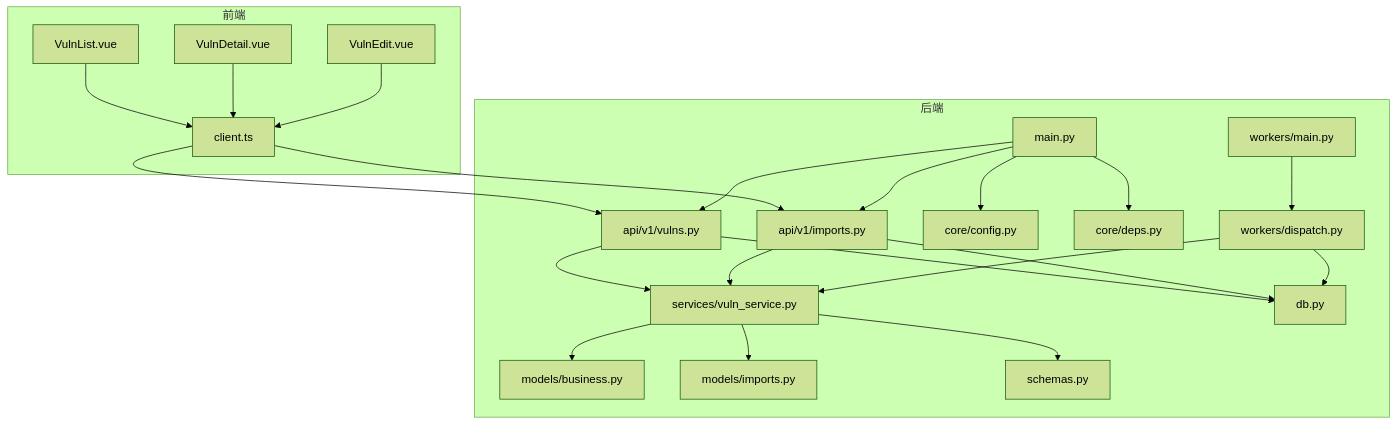
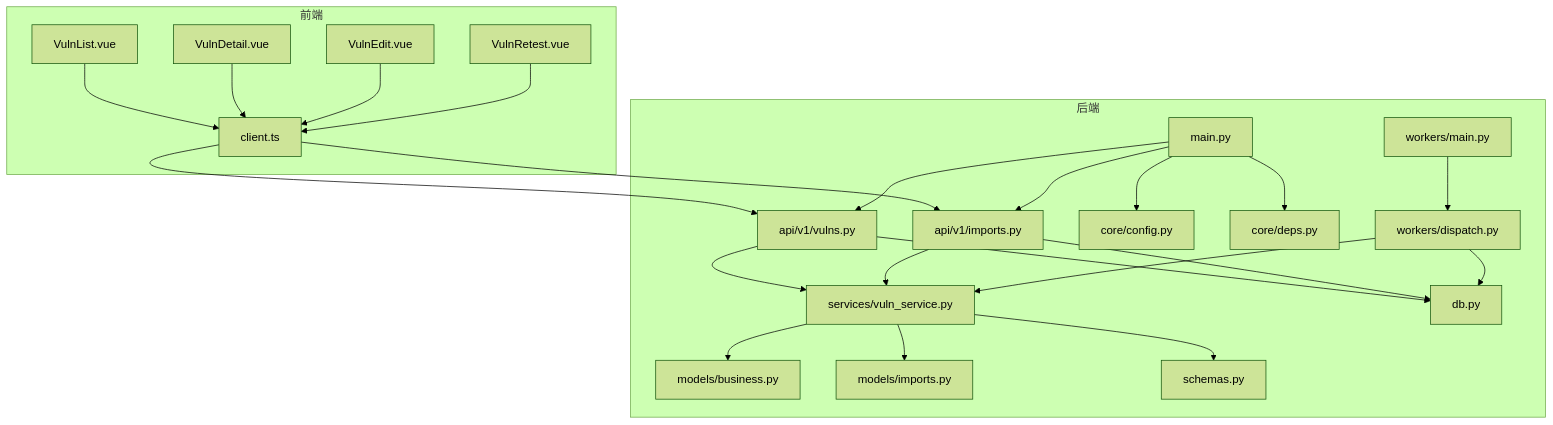
One commit to vu1Art1st/talos changed the first of 10 diagrams in .qoder/repowiki/zh/content/业务服务层/漏洞管理服务.md. Above: the diagram before and after it, drawn with Mermaid (forest theme). The commit also changed other lines of this file and 129 other files, not shown here.

````diff
--- a/.qoder/repowiki/zh/content/业务服务层/漏洞管理服务.md
+++ b/.qoder/repowiki/zh/content/业务服务层/漏洞管理服务.md
@@ -61,42 +69,44 @@
 ```mermaid
 graph TB
 subgraph "前端"
 VULN_LIST["VulnList.vue"]
 VULN_DETAIL["VulnDetail.vue"]
 VULN_EDIT["VulnEdit.vue"]
+VULN_RETEST["VulnRetest.vue"]
 CLIENT["client.ts"]
 end
 subgraph "后端"
 MAIN["main.py"]
 API_VULNS["api/v1/vulns.py"]
 API_IMPORTS["api/v1/imports.py"]
 SERVICE_VULN["services/vuln_service.py"]
 MODELS_BUSINESS["models/business.py"]
 MODELS_IMPORTS["models/imports.py"]
 SCHEMAS["schemas.py"]
 CONFIG["core/config.py"]
 DEPS["core/deps.py"]
 DB["db.py"]
 WORKER_MAIN["workers/main.py"]
 WORKER_DISPATCH["workers/dispatch.py"]
 end
 VULN_LIST --> CLIENT
 VULN_DETAIL --> CLIENT
 VULN_EDIT --> CLIENT
+VULN_RETEST --> CLIENT
 CLIENT --> API_VULNS
 CLIENT --> API_IMPORTS
 API_VULNS --> SERVICE_VULN
 API_IMPORTS --> SERVICE_VULN
 SERVICE_VULN --> MODELS_BUSINESS
 SERVICE_VULN --> MODELS_IMPORTS
 SERVICE_VULN --> SCHEMAS
 API_VULNS --> DB
 API_IMPORTS --> DB
 WORKER_MAIN --> WORKER_DISPATCH
 WORKER_DISPATCH --> SERVICE_VULN
 WORKER_DISPATCH --> DB
 MAIN --> API_VULNS
 MAIN --> API_IMPORTS
 MAIN --> CONFIG
 MAIN --> DEPS
 ```
````
